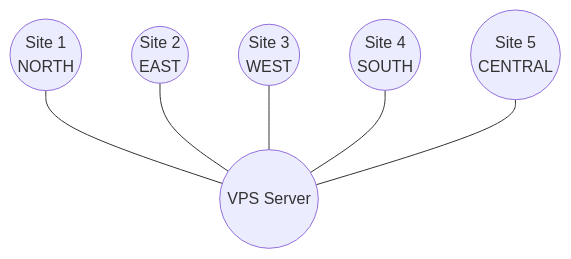
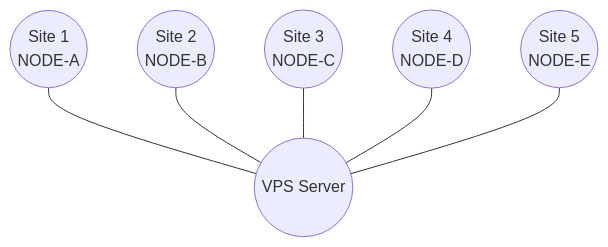
One commit to JohnRTitor/TrafficSync changed the diagram in README.md. Above: the diagram before and after it, drawn with Mermaid. The commit also changed other lines of this file and 10 other files, not shown here.

````diff
--- a/README.md
+++ b/README.md
@@ -27,9 +27,9 @@
 ```mermaid
 graph TD
     VPS((VPS Server))
-    NODE-1((Site 1<br>NORTH)) --- VPS
-    NODE-2((Site 2<br>EAST)) --- VPS
-    NODE-3((Site 3<br>WEST)) --- VPS
-    NODE-4((Site 4<br>SOUTH)) --- VPS
-    NODE-5((Site 5<br>CENTRAL)) --- VPS
+    NODE-1((Site 1<br>NODE-A)) --- VPS
+    NODE-2((Site 2<br>NODE-B)) --- VPS
+    NODE-3((Site 3<br>NODE-C)) --- VPS
+    NODE-4((Site 4<br>NODE-D)) --- VPS
+    NODE-5((Site 5<br>NODE-E)) --- VPS
 ```
````
